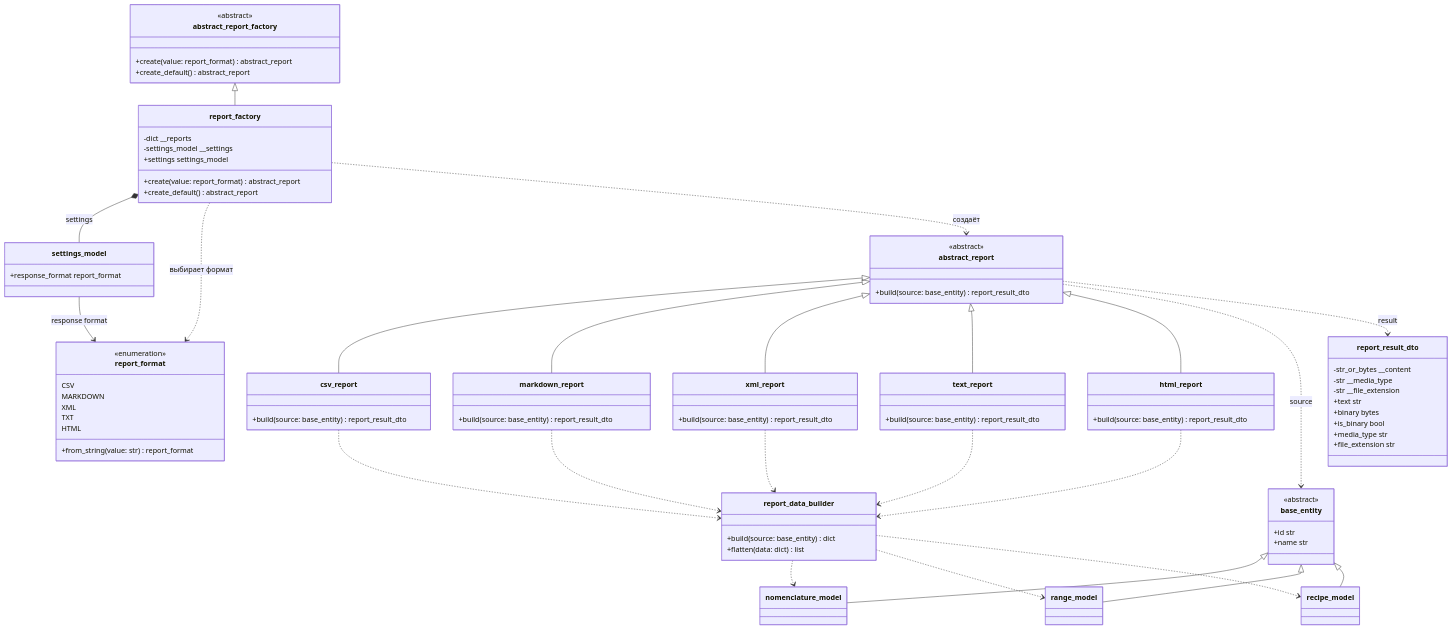
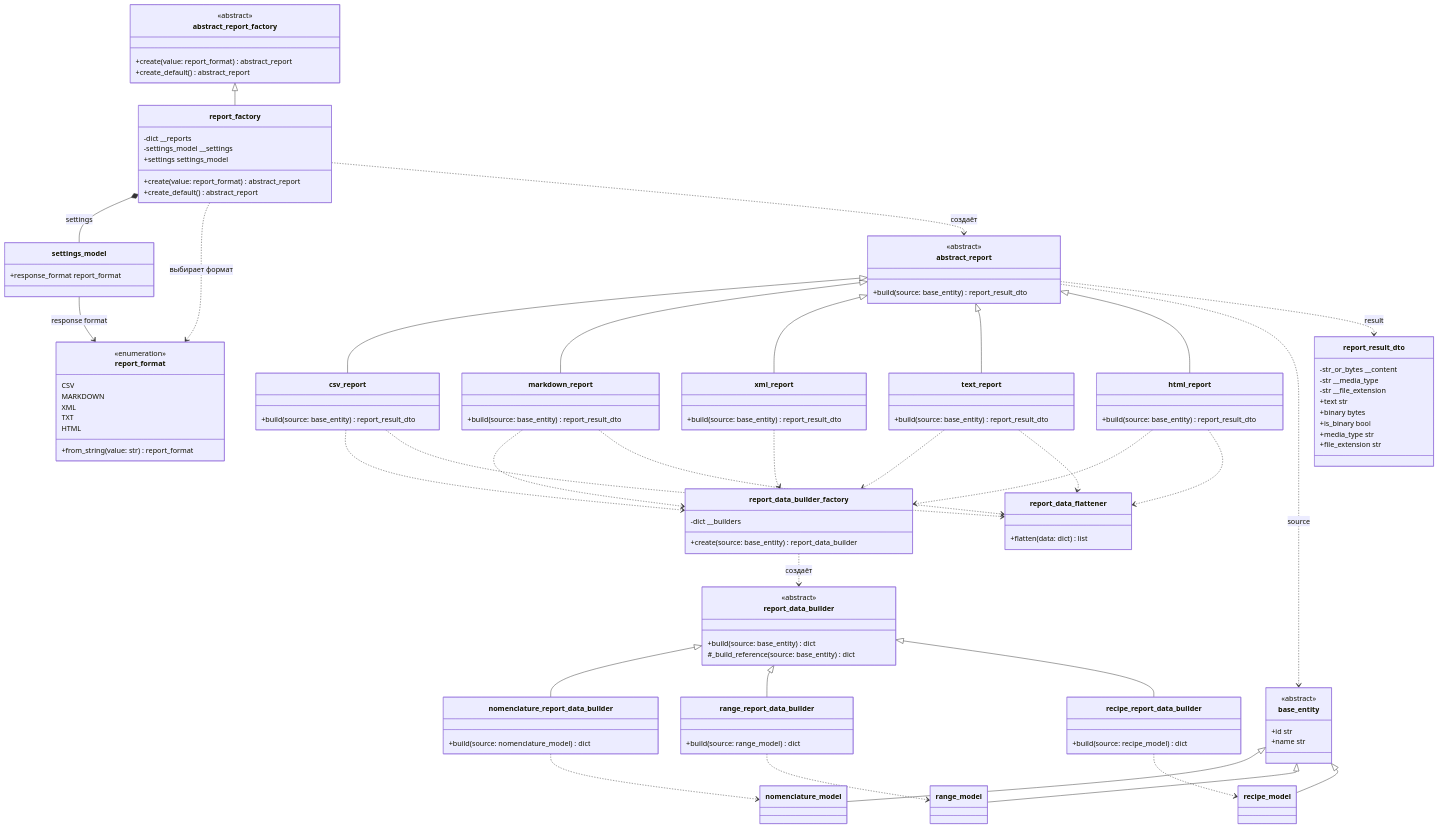
Before and after one commit to NikShep21/patterns2026: the first of 2 diagrams in Docs/UML/Reports.md, drawn with Mermaid. The commit also changed other lines of this file and 12 other files, not shown here.

Commit message:
split report data builders by entity

````diff
--- a/Docs/UML/Reports.md
+++ b/Docs/UML/Reports.md
@@ -57,7 +57,29 @@
     }
 
     class report_data_builder {
+        <<abstract>>
         +build(source: base_entity) dict
+        #_build_reference(source: base_entity) dict
+    }
+
+    class nomenclature_report_data_builder {
+        +build(source: nomenclature_model) dict
+    }
+
+    class range_report_data_builder {
+        +build(source: range_model) dict
+    }
+
+    class recipe_report_data_builder {
+        +build(source: recipe_model) dict
+    }
+
+    class report_data_builder_factory {
+        -dict __builders
+        +create(source: base_entity) report_data_builder
+    }
+
+    class report_data_flattener {
         +flatten(data: dict) list
     }
 
@@ -99,16 +121,25 @@
 
     abstract_report ..> base_entity : source
     abstract_report ..> report_result_dto : result
-    csv_report ..> report_data_builder
-    markdown_report ..> report_data_builder
-    xml_report ..> report_data_builder
-    text_report ..> report_data_builder
-    html_report ..> report_data_builder
+    csv_report ..> report_data_builder_factory
+    markdown_report ..> report_data_builder_factory
+    xml_report ..> report_data_builder_factory
+    text_report ..> report_data_builder_factory
+    html_report ..> report_data_builder_factory
+    csv_report ..> report_data_flattener
+    markdown_report ..> report_data_flattener
+    text_report ..> report_data_flattener
+    html_report ..> report_data_flattener
+
+    report_data_builder <|-- nomenclature_report_data_builder
+    report_data_builder <|-- range_report_data_builder
+    report_data_builder <|-- recipe_report_data_builder
+    report_data_builder_factory ..> report_data_builder : создаёт
 
     base_entity <|-- nomenclature_model
     base_entity <|-- range_model
     base_entity <|-- recipe_model
-    report_data_builder ..> nomenclature_model
-    report_data_builder ..> range_model
-    report_data_builder ..> recipe_model
+    nomenclature_report_data_builder ..> nomenclature_model
+    range_report_data_builder ..> range_model
+    recipe_report_data_builder ..> recipe_model
 ```
````
